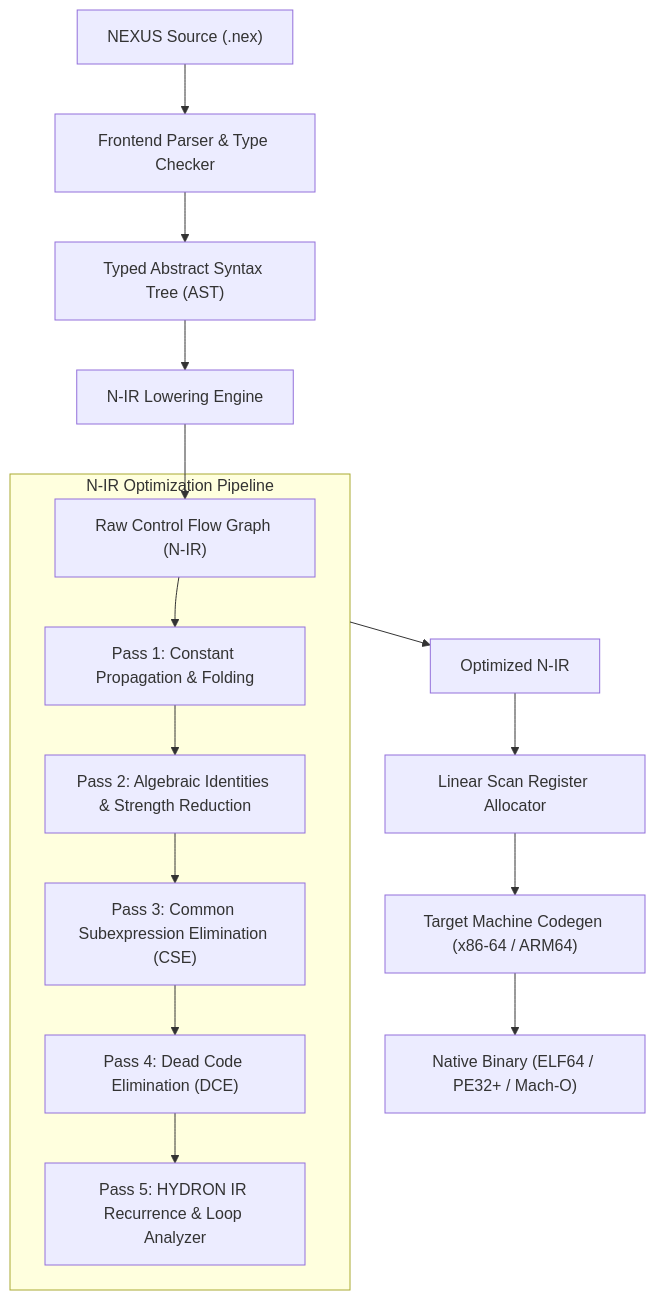
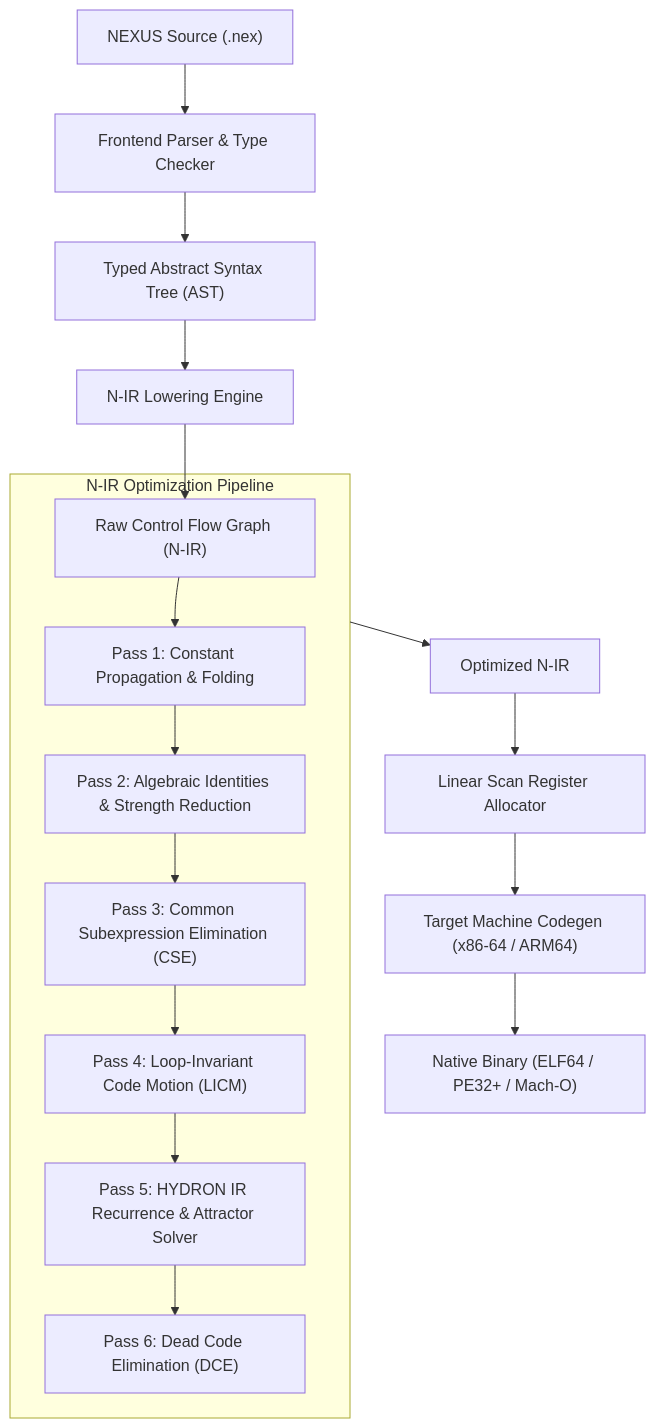
The diagram in docs/NEXUS_IR_SPECIFICATION.md (TouchOfDeath/nexus), drawn with Mermaid before and after one commit. The commit also changed other lines of this file and 4 other files, not shown here.

````diff
--- a/docs/NEXUS_IR_SPECIFICATION.md
+++ b/docs/NEXUS_IR_SPECIFICATION.md
@@ -18,20 +18,21 @@
 ```mermaid
 flowchart TD
     SRC["NEXUS Source (.nex)"] --> PARSE["Frontend Parser & Type Checker"]
     PARSE --> AST["Typed Abstract Syntax Tree (AST)"]
     AST --> NIR_GEN["N-IR Lowering Engine"]
     NIR_GEN --> RAW_NIR["Raw Control Flow Graph (N-IR)"]
     
     subgraph OPT["N-IR Optimization Pipeline"]
         RAW_NIR --> P1["Pass 1: Constant Propagation & Folding"]
         P1 --> P2["Pass 2: Algebraic Identities & Strength Reduction"]
         P2 --> P3["Pass 3: Common Subexpression Elimination (CSE)"]
-        P3 --> P4["Pass 4: Dead Code Elimination (DCE)"]
-        P4 --> P5["Pass 5: HYDRON IR Recurrence & Loop Analyzer"]
+        P3 --> P4["Pass 4: Loop-Invariant Code Motion (LICM)"]
+        P4 --> P5["Pass 5: HYDRON IR Recurrence & Attractor Solver"]
+        P5 --> P6["Pass 6: Dead Code Elimination (DCE)"]
     end
     
     OPT --> OPT_NIR["Optimized N-IR"]
     OPT_NIR --> REGALLOC["Linear Scan Register Allocator"]
     REGALLOC --> CODEGEN["Target Machine Codegen (x86-64 / ARM64)"]
     CODEGEN --> BIN["Native Binary (ELF64 / PE32+ / Mach-O)"]
 ```
````
